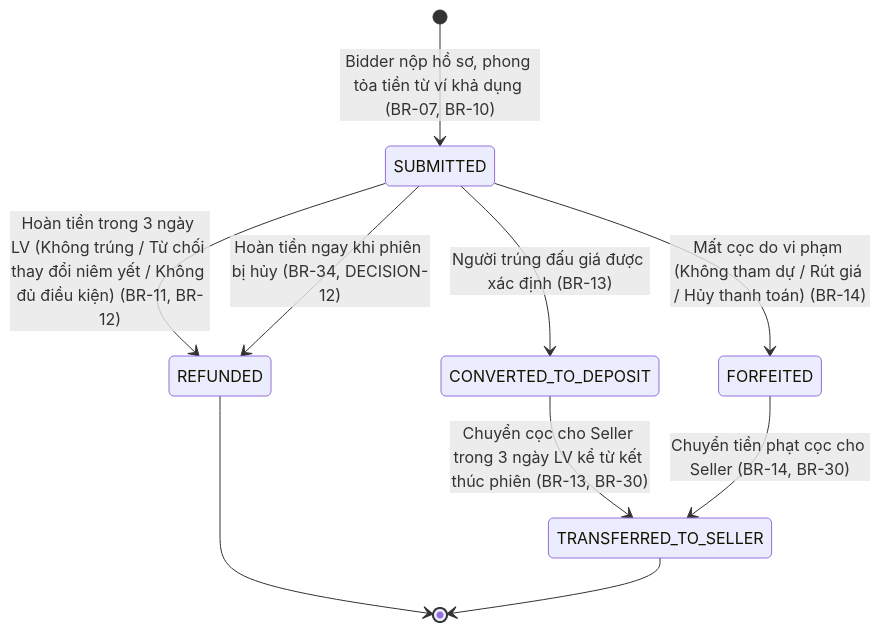
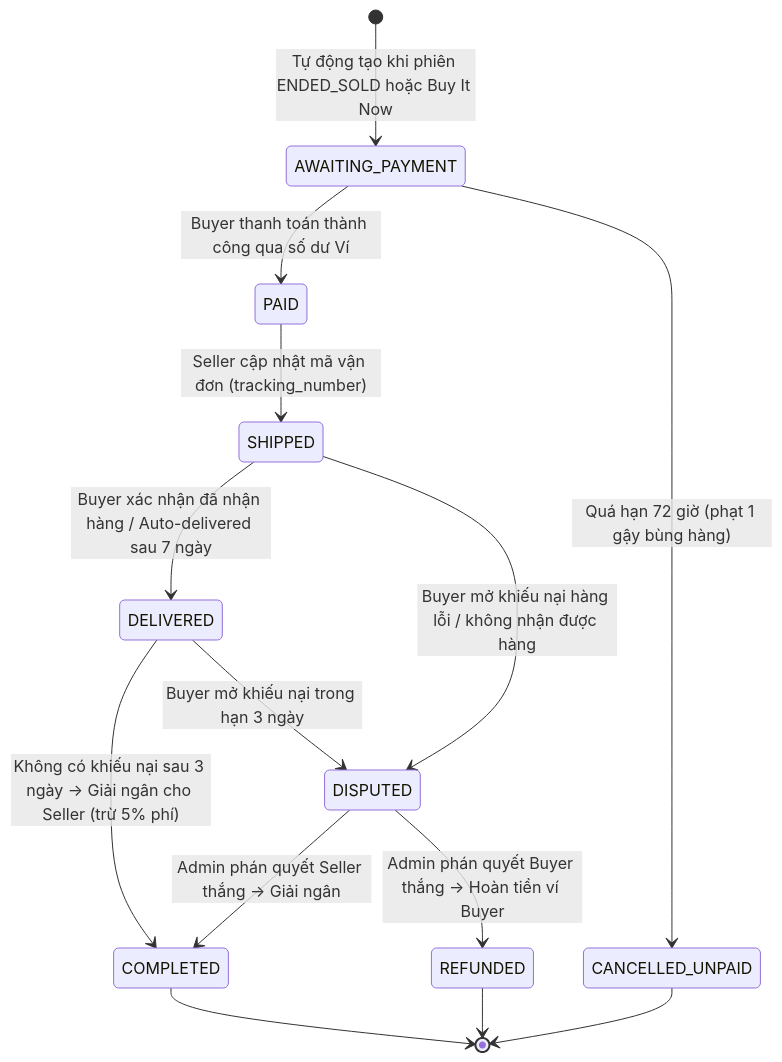
The second of 4 diagrams in docs/STATE_MACHINES.md (CoinSs0903/PROJECT_1), drawn with Mermaid before and after one commit. The commit also changed other lines of this file and 86 other files, not shown here.

Commit message:
feat: complete tasks 0 to 10 with new 14-table ERD for automated proxy bidding system

````diff
--- a/docs/STATE_MACHINES.md
+++ b/docs/STATE_MACHINES.md
@@ -74,18 +64,22 @@
 ```mermaid
 stateDiagram-v2
-    [*] --> SUBMITTED: Bidder nộp hồ sơ, phong tỏa tiền từ ví khả dụng (BR-07, BR-10)
-
-    SUBMITTED --> REFUNDED: Hoàn tiền trong 3 ngày LV (Không trúng / Từ chối thay đổi niêm yết / Không đủ điều kiện) (BR-11, BR-12)
-    SUBMITTED --> REFUNDED: Hoàn tiền ngay khi phiên bị hủy (BR-34, DECISION-12)
+    [*] --> AWAITING_PAYMENT: Tự động tạo khi phiên ENDED_SOLD hoặc Buy It Now
     
-    SUBMITTED --> CONVERTED_TO_DEPOSIT: Người trúng đấu giá được xác định (BR-13)
+    AWAITING_PAYMENT --> PAID: Buyer thanh toán thành công qua số dư Ví
+    AWAITING_PAYMENT --> CANCELLED_UNPAID: Quá hạn 72 giờ (phạt 1 gậy bùng hàng)
     
-    SUBMITTED --> FORFEITED: Mất cọc do vi phạm (Không tham dự / Rút giá / Hủy thanh toán) (BR-14)
-
-    CONVERTED_TO_DEPOSIT --> TRANSFERRED_TO_SELLER: Chuyển cọc cho Seller trong 3 ngày LV kể từ kết thúc phiên (BR-13, BR-30)
+    PAID --> SHIPPED: Seller cập nhật mã vận đơn (tracking_number)
+    SHIPPED --> DELIVERED: Buyer xác nhận đã nhận hàng / Auto-delivered sau 7 ngày
     
-    FORFEITED --> TRANSFERRED_TO_SELLER: Chuyển tiền phạt cọc cho Seller (BR-14, BR-30)
-
+    DELIVERED --> COMPLETED: Không có khiếu nại sau 3 ngày -> Giải ngân cho Seller (trừ 5% phí)
+    
+    SHIPPED --> DISPUTED: Buyer mở khiếu nại hàng lỗi / không nhận được hàng
+    DELIVERED --> DISPUTED: Buyer mở khiếu nại trong hạn 3 ngày
+    
+    DISPUTED --> COMPLETED: Admin phán quyết Seller thắng -> Giải ngân
+    DISPUTED --> REFUNDED: Admin phán quyết Buyer thắng -> Hoàn tiền ví Buyer
+    
+    CANCELLED_UNPAID --> [*]
+    COMPLETED --> [*]
     REFUNDED --> [*]
-    TRANSFERRED_TO_SELLER --> [*]
 ```
````
